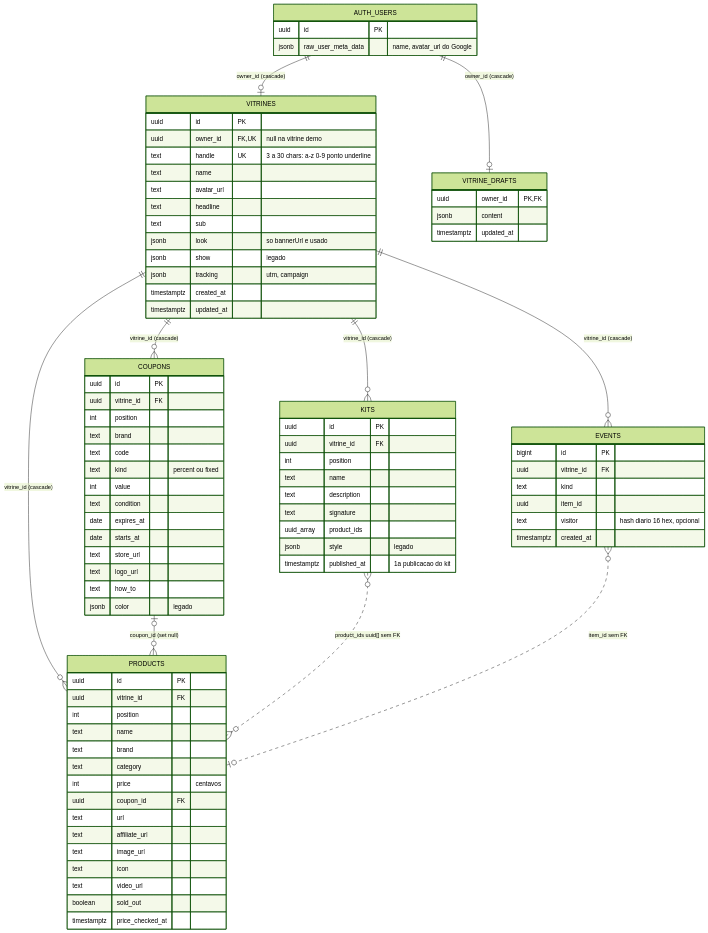
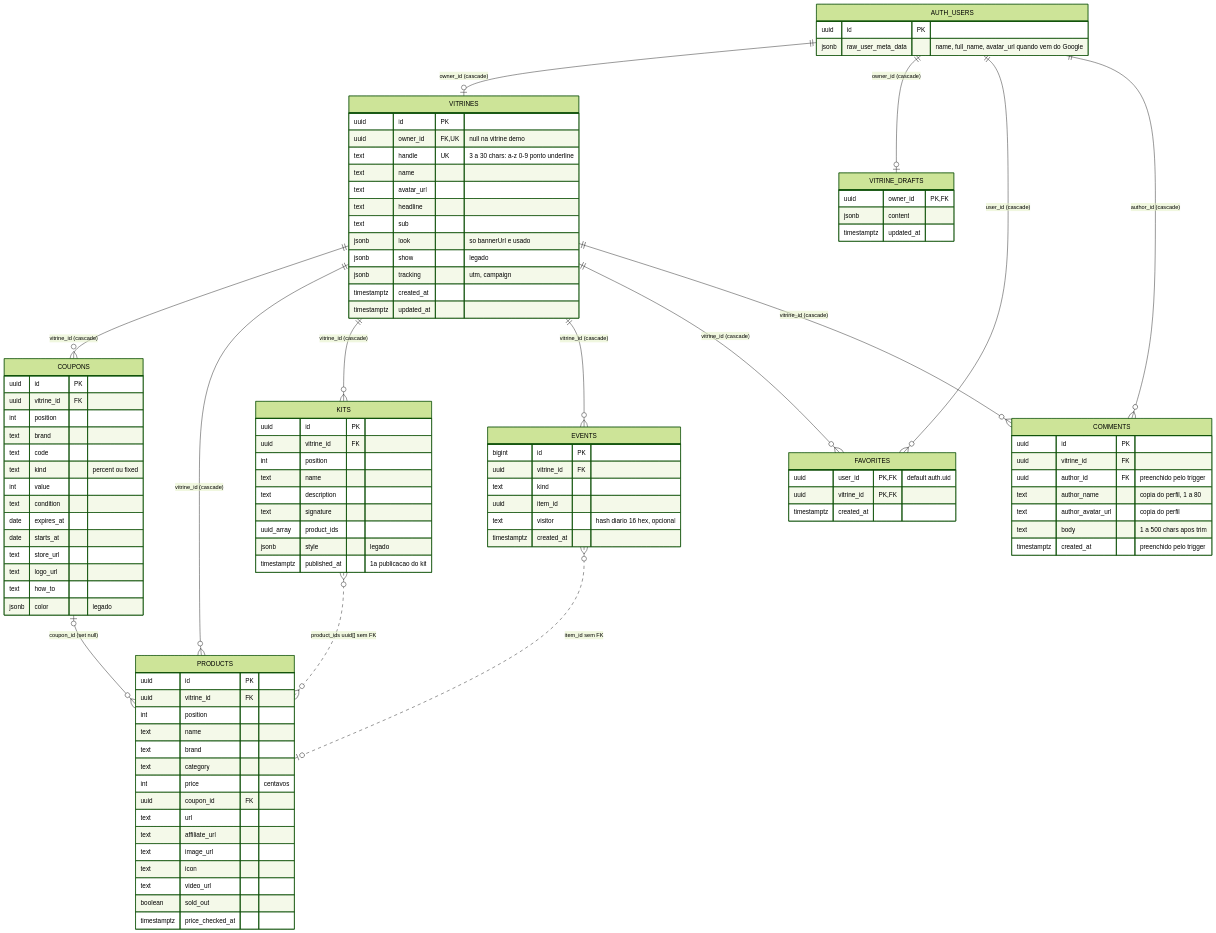
One commit to estevaons/myvitri changed the first of 3 diagrams in docs/database.md. Above: the diagram before and after it, drawn with Mermaid (forest theme). The commit also changed other lines of this file and 48 other files, not shown here.

```diff
--- a/docs/database.md
+++ b/docs/database.md
@@ -35,10 +36,14 @@
     COUPONS |o--o{ PRODUCTS : "coupon_id (set null)"
     KITS }o..o{ PRODUCTS : "product_ids uuid[] sem FK"
     EVENTS }o..o| PRODUCTS : "item_id sem FK"
+    AUTH_USERS ||--o{ FAVORITES : "user_id (cascade)"
+    VITRINES ||--o{ FAVORITES : "vitrine_id (cascade)"
+    AUTH_USERS ||--o{ COMMENTS : "author_id (cascade)"
+    VITRINES ||--o{ COMMENTS : "vitrine_id (cascade)"
 
     AUTH_USERS {
         uuid id PK
-        jsonb raw_user_meta_data "name, avatar_url do Google"
+        jsonb raw_user_meta_data "name, full_name, avatar_url quando vem do Google"
     }
     VITRINES {
         uuid id PK
@@ -103,6 +108,20 @@
         jsonb content
         timestamptz updated_at
     }
+    FAVORITES {
+        uuid user_id PK,FK "default auth.uid"
+        uuid vitrine_id PK,FK
+        timestamptz created_at
+    }
+    COMMENTS {
+        uuid id PK
+        uuid vitrine_id FK
+        uuid author_id FK "preenchido pelo trigger"
+        text author_name "copia do perfil, 1 a 80"
+        text author_avatar_url "copia do perfil"
+        text body "1 a 500 chars apos trim"
+        timestamptz created_at "preenchido pelo trigger"
+    }
     EVENTS {
         bigint id PK
         uuid vitrine_id FK
```
